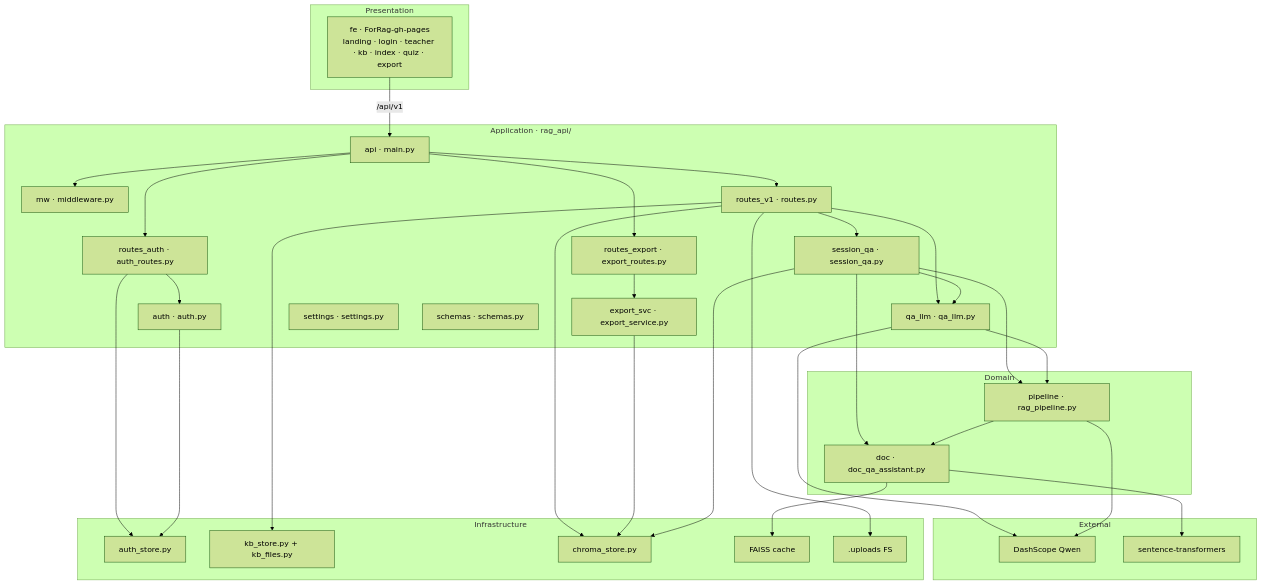
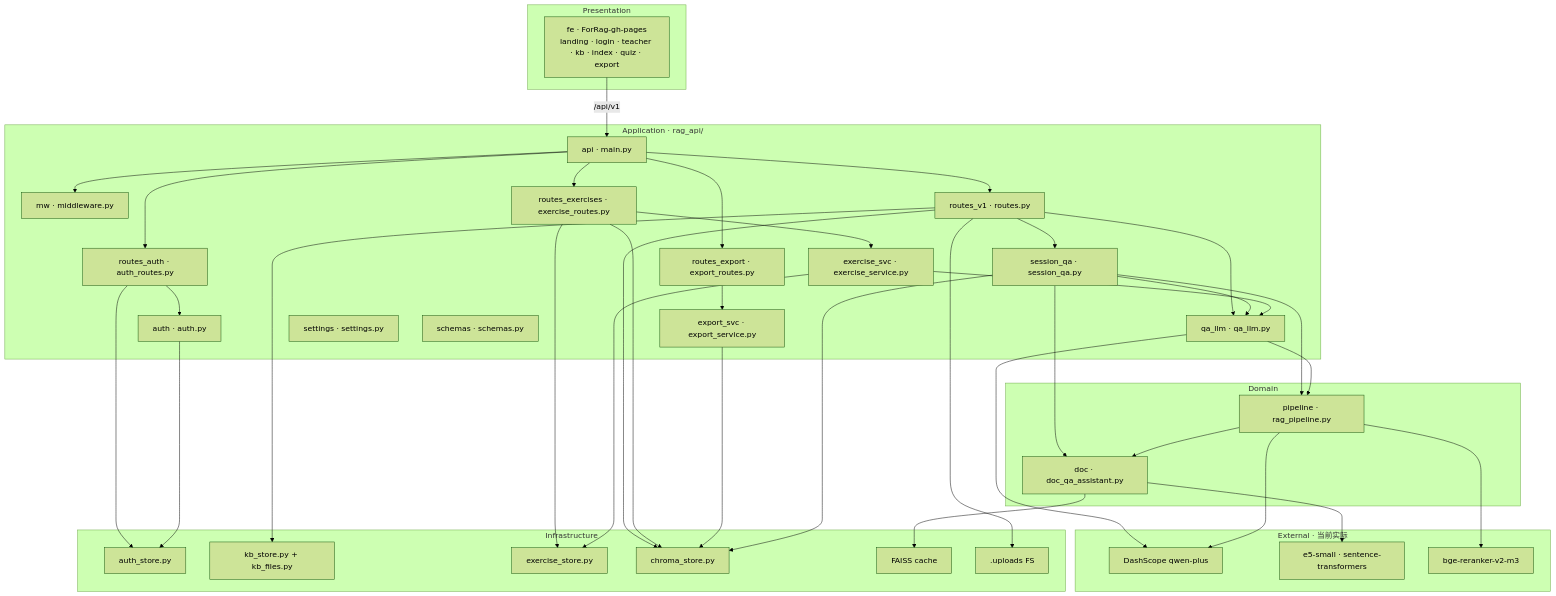
One commit to JinYue-star/ForRag changed the second of 7 diagrams in docs/architecture.md. Above: the diagram before and after it, drawn with Mermaid (forest theme). The commit also changed other lines of this file and 94 other files, not shown here.

````diff
--- a/docs/architecture.md
+++ b/docs/architecture.md
@@ -251,64 +278,75 @@
 ```mermaid
 flowchart TB
   subgraph presentation["Presentation"]
     fe["fe · ForRag-gh-pages<br/>landing · login · teacher · kb · index · quiz · export"]
   end
 
   subgraph application["Application · rag_api/"]
     api["api · main.py"]
     mw["mw · middleware.py"]
     routes_v1["routes_v1 · routes.py"]
     routes_auth["routes_auth · auth_routes.py"]
     routes_export["routes_export · export_routes.py"]
+    routes_exercises["routes_exercises · exercise_routes.py"]
     session_qa["session_qa · session_qa.py"]
     qa_llm["qa_llm · qa_llm.py"]
     export_svc["export_svc · export_service.py"]
+    exercise_svc["exercise_svc · exercise_service.py"]
     auth["auth · auth.py"]
     settings["settings · settings.py"]
     schemas["schemas · schemas.py"]
     api --> mw
     api --> routes_v1
     api --> routes_auth
     api --> routes_export
+    api --> routes_exercises
     routes_v1 --> session_qa
     routes_v1 --> qa_llm
     routes_export --> export_svc
+    routes_exercises --> exercise_svc
     routes_auth --> auth
     session_qa --> qa_llm
+    exercise_svc --> qa_llm
   end
 
   subgraph domain["Domain"]
     pipeline["pipeline · rag_pipeline.py"]
     doc["doc · doc_qa_assistant.py"]
     session_qa --> doc
     session_qa --> pipeline
     qa_llm --> pipeline
     pipeline --> doc
   end
 
   subgraph infrastructure["Infrastructure"]
     auth_store["auth_store.py"]
     kb["kb_store.py + kb_files.py"]
+    exercise_store["exercise_store.py"]
     chroma["chroma_store.py"]
     faiss["FAISS cache"]
     uploads[".uploads FS"]
   end
 
-  subgraph external["External"]
-    llm["DashScope Qwen"]
-    embed["sentence-transformers"]
+  subgraph external["External · 当前实际"]
+    llm["DashScope qwen-plus"]
+    embed["e5-small · sentence-transformers"]
+    rerank["bge-reranker-v2-m3"]
   end
 
   fe -->|"/api/v1"| api
   routes_auth --> auth_store
   auth --> auth_store
   routes_v1 --> chroma
   routes_v1 --> kb
   routes_v1 --> uploads
+  routes_exercises --> exercise_store
+  routes_exercises --> chroma
   export_svc --> chroma
   session_qa --> chroma
+  exercise_svc --> exercise_store
   doc --> faiss
   doc --> embed
   qa_llm --> llm
   pipeline --> llm
+  pipeline --> rerank
 ```
````
